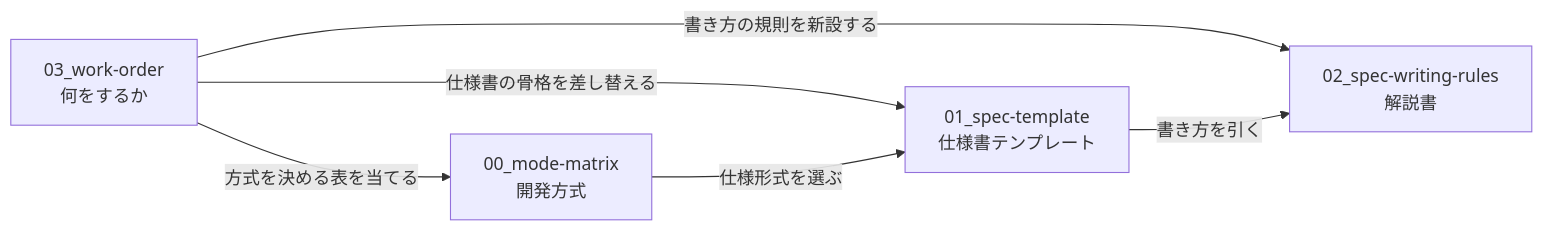
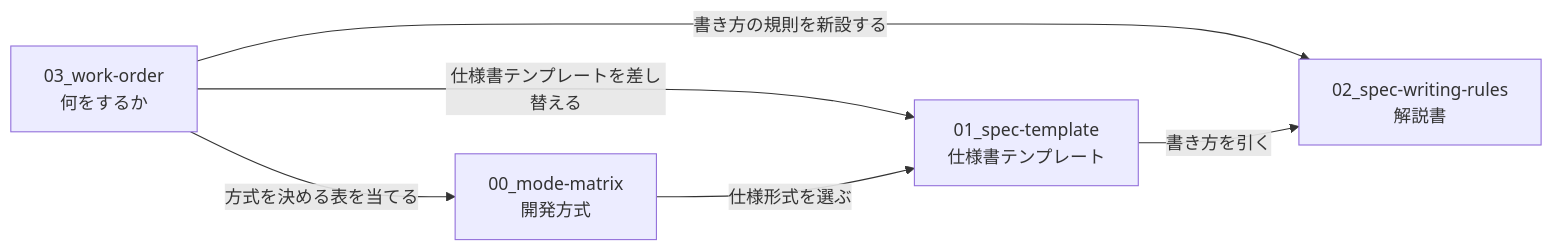
Before and after one commit to GoodRelax/gr-sw-maker: the diagram in maintenance/2026-08-10/README.md, drawn with Mermaid. The commit also changed other lines of this file and 5 other files, not shown here.

````diff
--- a/maintenance/2026-08-10/README.md
+++ b/maintenance/2026-08-10/README.md
@@ -17,8 +18,8 @@
 ```mermaid
 flowchart LR
     WO["03_work-order<br/>何をするか"] -->|"方式を決める表を当てる"| MODE["00_mode-matrix<br/>開発方式"]
-    WO -->|"仕様書の骨格を差し替える"| TPL["01_spec-template<br/>仕様書テンプレート"]
+    WO -->|"仕様書テンプレートを差し替える"| TPL["01_spec-template<br/>仕様書テンプレート"]
     WO -->|"書き方の規則を新設する"| RULE["02_spec-writing-rules<br/>解説書"]
     MODE -->|"仕様形式を選ぶ"| TPL
     TPL -->|"書き方を引く"| RULE
 ```
````
